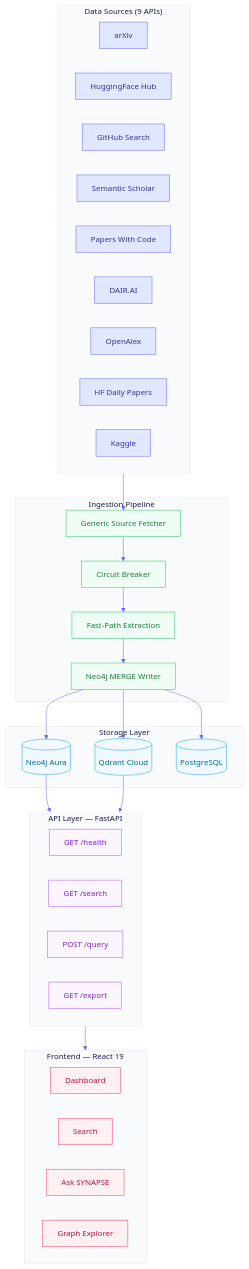
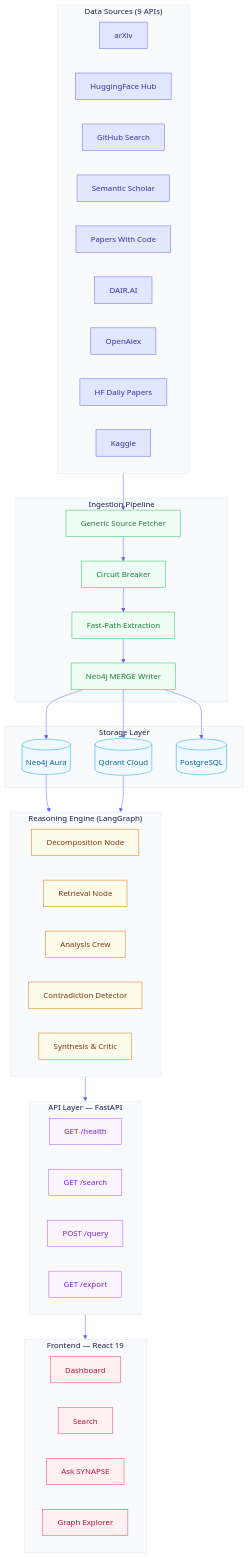
One commit to sarv-projects/Synapse changed the first of 5 diagrams in README.md. Above: the diagram before and after it, drawn with Mermaid. The commit also changed other lines of this file and 21 other files, not shown here.

````diff
--- a/README.md
+++ b/README.md
@@ -15,65 +13,78 @@
 ```mermaid
 %%{init: {'theme': 'base', 'themeVariables': {'primaryColor': '#e0e7ff', 'primaryTextColor': '#1e1b4b', 'primaryBorderColor': '#6366f1', 'lineColor': '#6366f1', 'secondaryColor': '#f0fdf4', 'tertiaryColor': '#f0f9ff', 'background': '#ffffff', 'mainBkg': '#ffffff', 'nodeBorder': '#6366f1', 'clusterBkg': '#f8fafc', 'clusterBorder': '#e2e8f0', 'titleColor': '#1e1b4b', 'edgeLabelBackground': '#ffffff'}}}%%
 flowchart TD
     subgraph Sources["Data Sources (9 APIs)"]
         A1[arXiv]
         A2[HuggingFace Hub]
         A3[GitHub Search]
         A4[Semantic Scholar]
         A5[Papers With Code]
         A6[DAIR.AI]
         A7[OpenAlex]
         A8[HF Daily Papers]
         A9[Kaggle]
     end
 
     subgraph Pipeline["Ingestion Pipeline"]
         B1[Generic Source Fetcher]
         B2[Circuit Breaker]
         B3[Fast-Path Extraction]
         B4[Neo4j MERGE Writer]
     end
 
     subgraph Storage["Storage Layer"]
         C1[(Neo4j Aura)]
         C2[(Qdrant Cloud)]
         C3[(PostgreSQL)]
     end
 
+    subgraph Reason["Reasoning Engine (LangGraph)"]
+        R1[Decomposition Node]
+        R2[Retrieval Node]
+        R3[Analysis Crew]
+        R4[Contradiction Detector]
+        R5[Synthesis & Critic]
+    end
+
     subgraph API["API Layer — FastAPI"]
         D1["GET /health"]
         D2["GET /search"]
         D3["POST /query"]
         D4["GET /export"]
     end
 
     subgraph Frontend["Frontend — React 19"]
         E1[Dashboard]
         E2[Search]
         E3[Ask SYNAPSE]
         E4[Graph Explorer]
     end
 
     Sources --> B1
     B1 --> B2
     B2 --> B3
     B3 --> B4
     B4 --> C1
     B4 --> C2
     B4 --> C3
-    C1 --> API
-    C2 --> API
+    
+    C1 --> Reason
+    C2 --> Reason
+    
+    Reason --> API
     API --> Frontend
 
     classDef sourceNode fill:#e0e7ff,stroke:#6366f1,color:#3730a3
     classDef pipeNode fill:#f0fdf4,stroke:#22c55e,color:#15803d
     classDef storeNode fill:#f0f9ff,stroke:#0ea5e9,color:#0369a1
     classDef apiNode fill:#faf5ff,stroke:#a855f7,color:#7e22ce
     classDef feNode fill:#fff1f2,stroke:#f43f5e,color:#be123c
+    classDef reasonNode fill:#fffbeb,stroke:#d97706,color:#78350f
 
     class A1,A2,A3,A4,A5,A6,A7,A8,A9 sourceNode
     class B1,B2,B3,B4 pipeNode
     class C1,C2,C3 storeNode
     class D1,D2,D3,D4 apiNode
     class E1,E2,E3,E4 feNode
+    class R1,R2,R3,R4,R5 reasonNode
 ```
````
